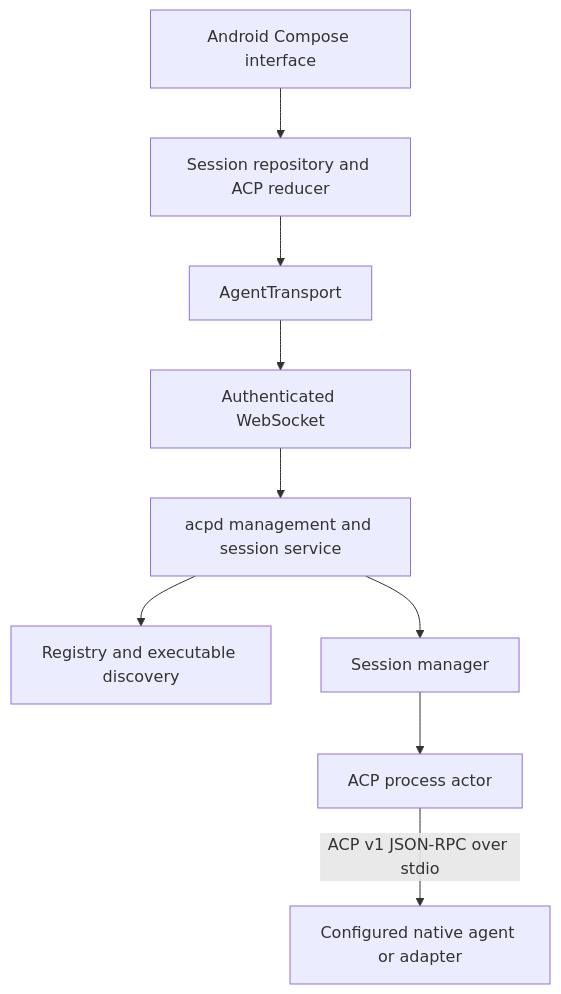
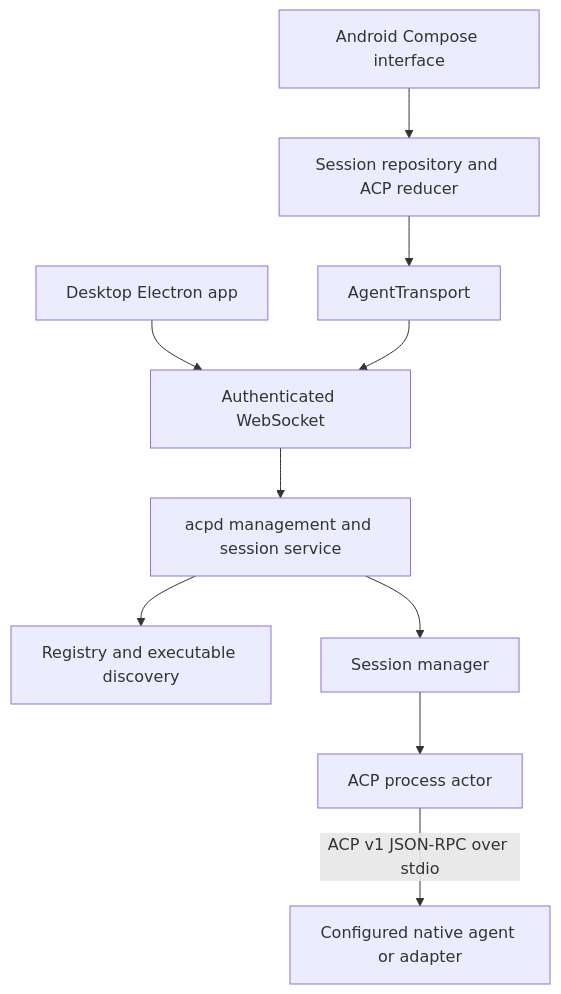
One commit to 0xbasinas/acportal changed the first of 2 diagrams in docs/architecture.md. Above: the diagram before and after it, drawn with Mermaid. The commit also changed other lines of this file and 12 other files, not shown here.

````diff
--- a/docs/architecture.md
+++ b/docs/architecture.md
@@ -9,11 +9,12 @@
 ```mermaid
 flowchart TD
     UI[Android Compose interface] --> Domain[Session repository and ACP reducer]
+    Desktop[Desktop Electron app] --> WS
     Domain --> Transport[AgentTransport]
     Transport --> WS[Authenticated WebSocket]
     WS --> Host[acpd management and session service]
     Host --> Registry[Registry and executable discovery]
     Host --> Sessions[Session manager]
     Sessions --> Process[ACP process actor]
     Process -->|ACP v1 JSON-RPC over stdio| Agent[Configured native agent or adapter]
 ```
````
